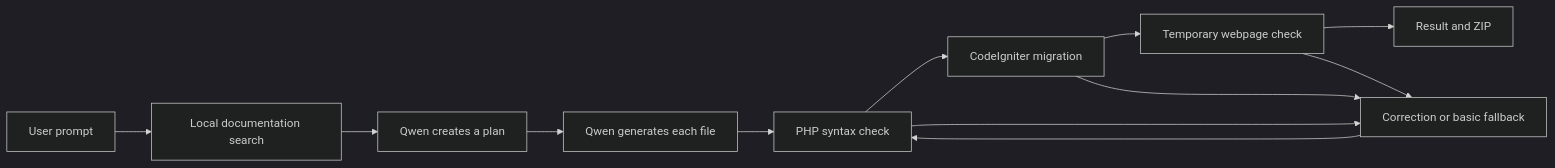
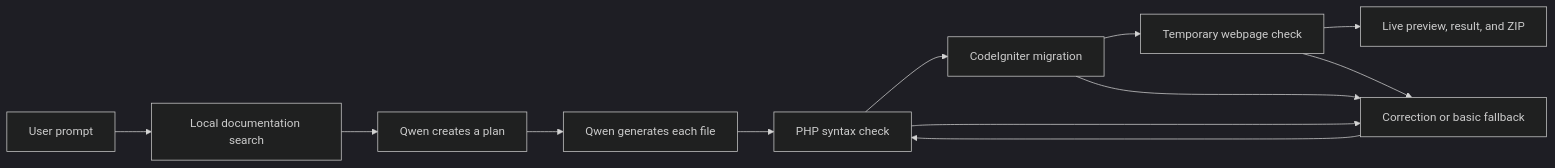
The diagram in README.md (AshvinSehgal/PHP-Vibe-Coder), drawn with Mermaid (dark theme) before and after one commit. The commit also changed other lines of this file and 2 other files, not shown here.

Commit message:
Added webpage preview

````diff
--- a/README.md
+++ b/README.md
@@ -25,14 +27,14 @@
 ```mermaid
 flowchart LR
     A["User prompt"] --> B["Local documentation search"]
     B --> C["Qwen creates a plan"]
     C --> D["Qwen generates each file"]
     D --> E["PHP syntax check"]
     E --> F["CodeIgniter migration"]
     F --> G["Temporary webpage check"]
-    G --> H["Result and ZIP"]
+    G --> H["Live preview, result, and ZIP"]
     E --> I["Correction or basic fallback"]
     F --> I
     G --> I
     I --> E
 ```
````
